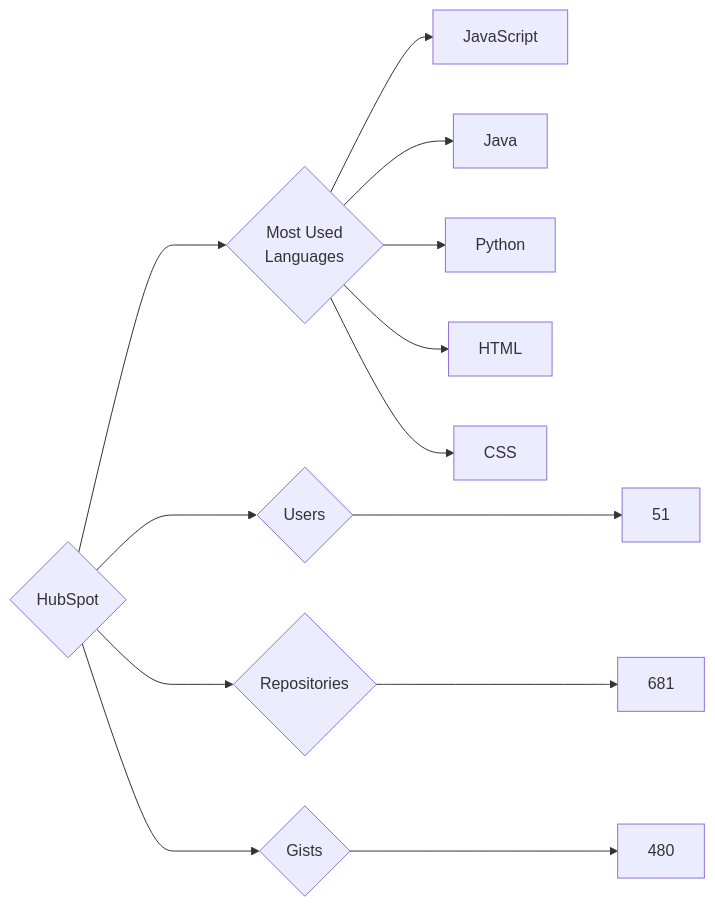
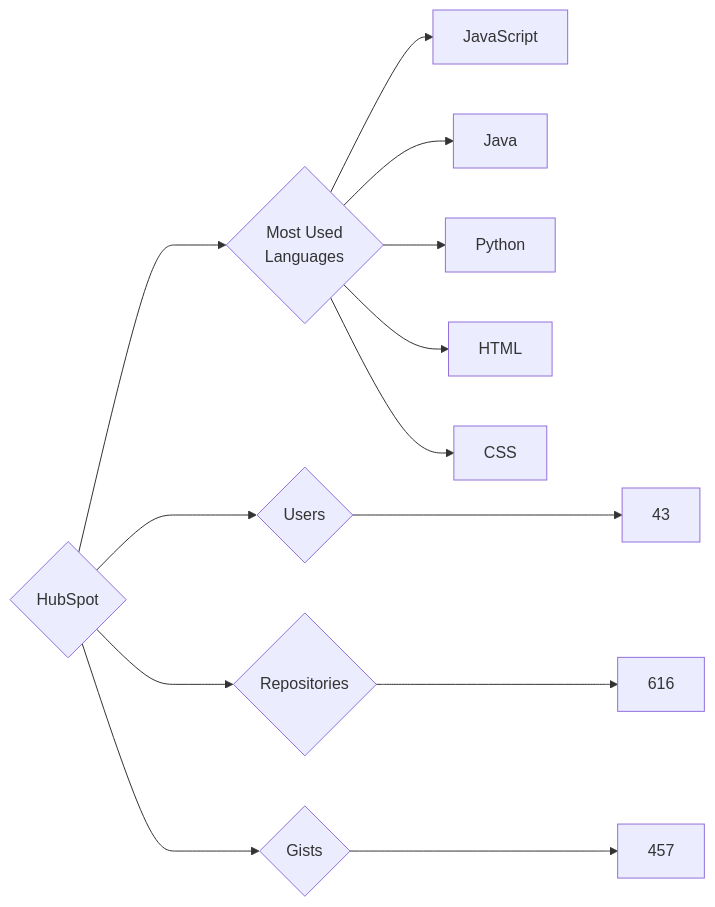
Before and after one commit to trickest/insiders: the diagram in targets/HubSpot/README.md, drawn with Mermaid. The commit also changed 823 other files, not shown here.

````diff
--- a/targets/HubSpot/README.md
+++ b/targets/HubSpot/README.md
@@ -3,13 +3,13 @@
 ```mermaid
 graph LR
 COMPANY_NAME{HubSpot}
-COMPANY_NAME ---> U{Users} ---> UN[51]
-COMPANY_NAME ---> R{Repositories} ---> RN[681]
-COMPANY_NAME ---> G{Gists} ---> GN[480]
+COMPANY_NAME ---> U{Users} ---> UN[43]
+COMPANY_NAME ---> R{Repositories} ---> RN[616]
+COMPANY_NAME ---> G{Gists} ---> GN[457]
 COMPANY_NAME ---> ML{Most Used<br>Languages}
 ML --> JavaScript[JavaScript]
 ML --> Java[Java]
 ML --> Python[Python]
 ML --> HTML[HTML]
 ML --> CSS[CSS]
 ```
````
